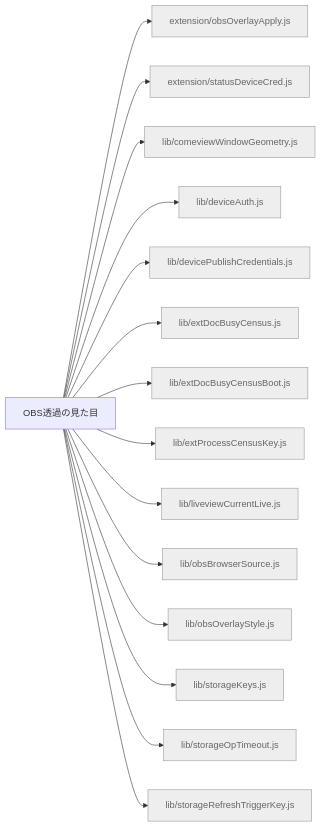
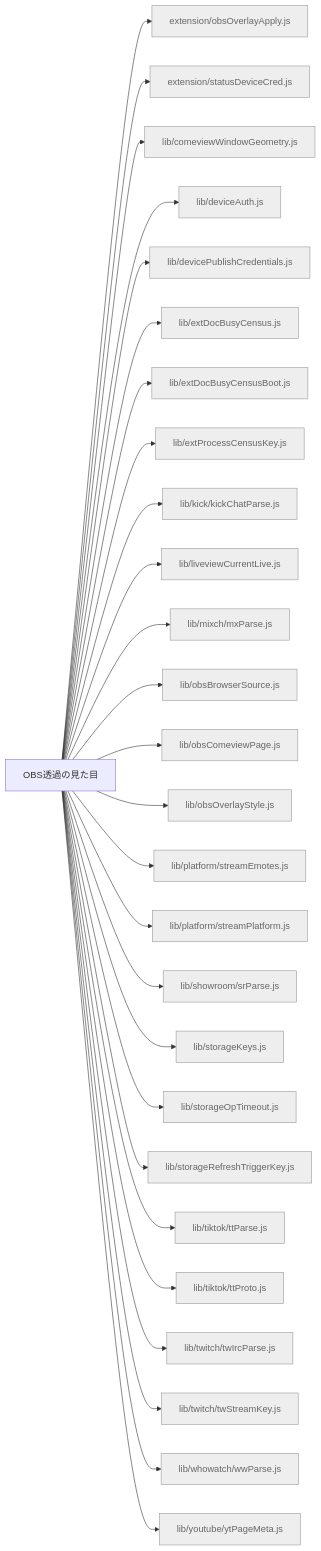
Before and after one commit to kimito-link/tsuioku-no-kirameki.com: the diagram in docs/feature-map/obs-style.md, drawn with Mermaid. The commit also changed 40 other files, not shown here.

````diff
--- a/docs/feature-map/obs-style.md
+++ b/docs/feature-map/obs-style.md
@@ -13,19 +13,31 @@
 ```mermaid
 graph LR
   n_obs_style["OBS透過の見た目"]
   n_obs_style --> n_src_extension_obsOverlayApply_js["extension/obsOverlayApply.js"]:::shared
   n_obs_style --> n_src_extension_statusDeviceCred_js["extension/statusDeviceCred.js"]:::shared
   n_obs_style --> n_src_lib_comeviewWindowGeometry_js["lib/comeviewWindowGeometry.js"]:::shared
   n_obs_style --> n_src_lib_deviceAuth_js["lib/deviceAuth.js"]:::shared
   n_obs_style --> n_src_lib_devicePublishCredentials_js["lib/devicePublishCredentials.js"]:::shared
   n_obs_style --> n_src_lib_extDocBusyCensus_js["lib/extDocBusyCensus.js"]:::shared
   n_obs_style --> n_src_lib_extDocBusyCensusBoot_js["lib/extDocBusyCensusBoot.js"]:::shared
   n_obs_style --> n_src_lib_extProcessCensusKey_js["lib/extProcessCensusKey.js"]:::shared
+  n_obs_style --> n_src_lib_kick_kickChatParse_js["lib/kick/kickChatParse.js"]:::shared
   n_obs_style --> n_src_lib_liveviewCurrentLive_js["lib/liveviewCurrentLive.js"]:::shared
+  n_obs_style --> n_src_lib_mixch_mxParse_js["lib/mixch/mxParse.js"]:::shared
   n_obs_style --> n_src_lib_obsBrowserSource_js["lib/obsBrowserSource.js"]:::shared
+  n_obs_style --> n_src_lib_obsComeviewPage_js["lib/obsComeviewPage.js"]:::shared
   n_obs_style --> n_src_lib_obsOverlayStyle_js["lib/obsOverlayStyle.js"]:::shared
+  n_obs_style --> n_src_lib_platform_streamEmotes_js["lib/platform/streamEmotes.js"]:::shared
+  n_obs_style --> n_src_lib_platform_streamPlatform_js["lib/platform/streamPlatform.js"]:::shared
+  n_obs_style --> n_src_lib_showroom_srParse_js["lib/showroom/srParse.js"]:::shared
   n_obs_style --> n_src_lib_storageKeys_js["lib/storageKeys.js"]:::shared
   n_obs_style --> n_src_lib_storageOpTimeout_js["lib/storageOpTimeout.js"]:::shared
   n_obs_style --> n_src_lib_storageRefreshTriggerKey_js["lib/storageRefreshTriggerKey.js"]:::shared
+  n_obs_style --> n_src_lib_tiktok_ttParse_js["lib/tiktok/ttParse.js"]:::shared
+  n_obs_style --> n_src_lib_tiktok_ttProto_js["lib/tiktok/ttProto.js"]:::shared
+  n_obs_style --> n_src_lib_twitch_twIrcParse_js["lib/twitch/twIrcParse.js"]:::shared
+  n_obs_style --> n_src_lib_twitch_twStreamKey_js["lib/twitch/twStreamKey.js"]:::shared
+  n_obs_style --> n_src_lib_whowatch_wwParse_js["lib/whowatch/wwParse.js"]:::shared
+  n_obs_style --> n_src_lib_youtube_ytPageMeta_js["lib/youtube/ytPageMeta.js"]:::shared
   classDef shared fill:#eee,stroke:#999,color:#666;
 ```
````
